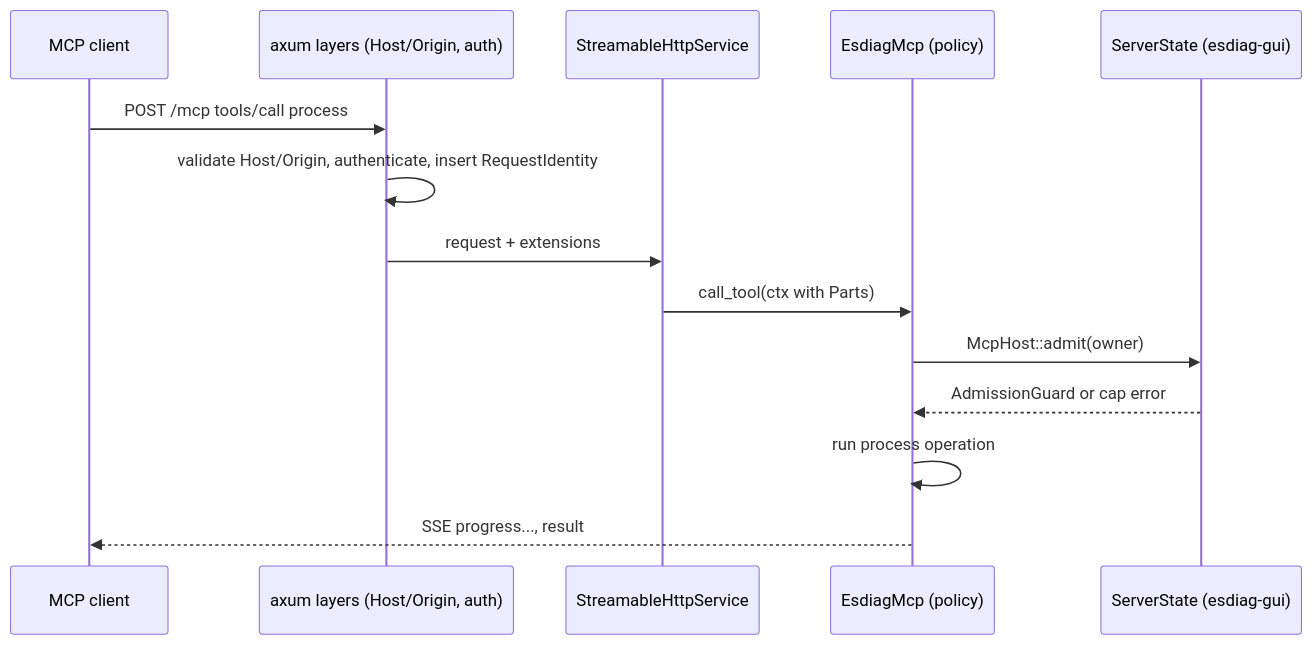
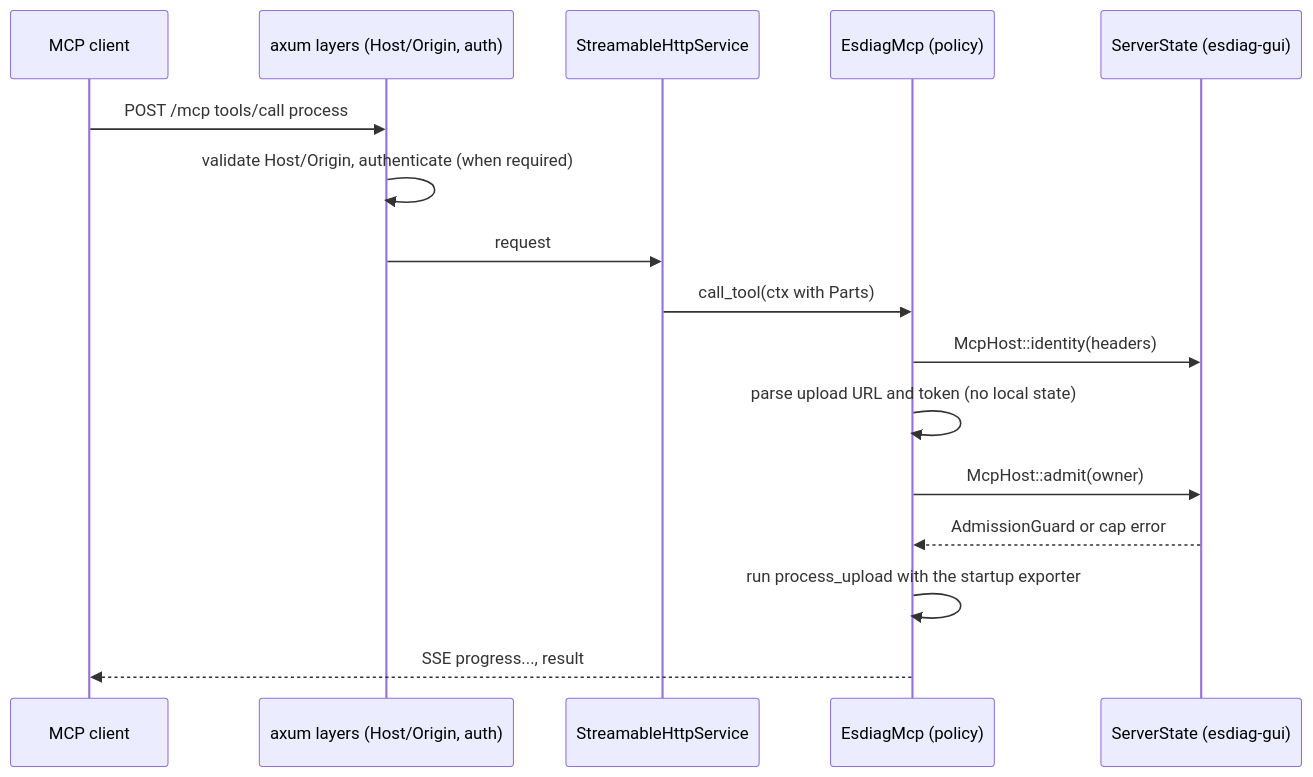
One commit to elastic/esdiag changed the diagram in openspec/changes/add-mcp-http/design.md. Above: the diagram before and after it, drawn with Mermaid. The commit also changed other lines of this file and 5 other files, not shown here.

````diff
--- a/openspec/changes/add-mcp-http/design.md
+++ b/openspec/changes/add-mcp-http/design.md
@@ -33,16 +38,18 @@
 ```mermaid
 sequenceDiagram
   participant C as MCP client
   participant A as axum layers (Host/Origin, auth)
   participant S as StreamableHttpService
   participant T as EsdiagMcp (policy)
   participant G as ServerState (esdiag-gui)
   C->>A: POST /mcp tools/call process
-  A->>A: validate Host/Origin, authenticate, insert RequestIdentity
-  A->>S: request + extensions
+  A->>A: validate Host/Origin, authenticate (when required)
+  A->>S: request
   S->>T: call_tool(ctx with Parts)
+  T->>G: McpHost::identity(headers)
+  T->>T: parse upload URL and token (no local state)
   T->>G: McpHost::admit(owner)
   G-->>T: AdmissionGuard or cap error
-  T->>T: run process operation
+  T->>T: run process_upload with the startup exporter
   T-->>C: SSE progress..., result
 ```
````
